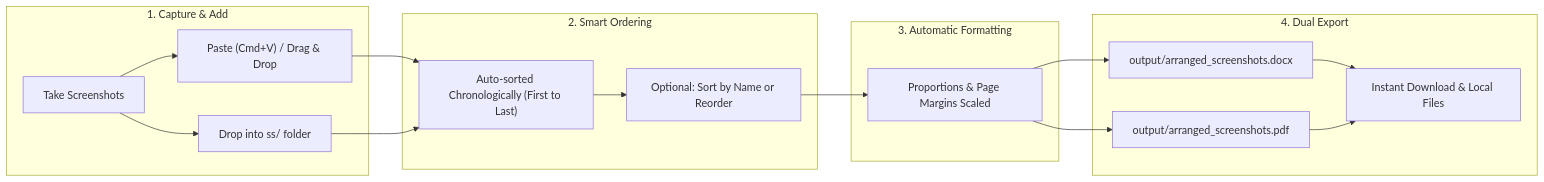
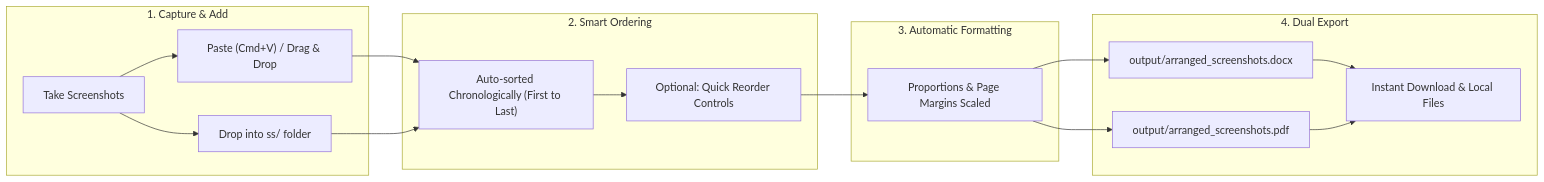
Before and after one commit to prathameshmore07/SnapStitch: the diagram in README.md, drawn with Mermaid. The commit also changed other lines of this file, not shown here.

````diff
--- a/README.md
+++ b/README.md
@@ -50,24 +49,24 @@
 ```mermaid
 flowchart LR
     subgraph Step1["1. Capture & Add"]
         A["Take Screenshots"] --> B["Paste (Cmd+V) / Drag & Drop"]
         A --> C["Drop into ss/ folder"]
     end
 
     subgraph Step2["2. Smart Ordering"]
         B --> D["Auto-sorted Chronologically (First to Last)"]
         C --> D
-        D --> E["Optional: Sort by Name or Reorder"]
+        D --> E["Optional: Quick Reorder Controls"]
     end
 
     subgraph Step3["3. Automatic Formatting"]
         E --> F["Proportions & Page Margins Scaled"]
     end
 
     subgraph Step4["4. Dual Export"]
         F --> G["output/arranged_screenshots.docx"]
         F --> H["output/arranged_screenshots.pdf"]
         G --> I["Instant Download & Local Files"]
         H --> I
     end
 ```
````
